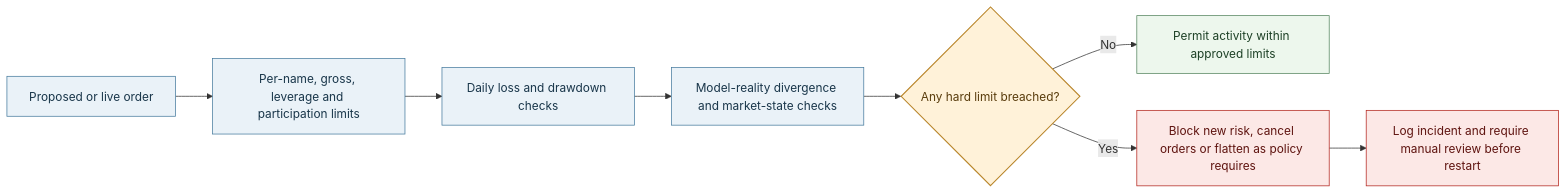
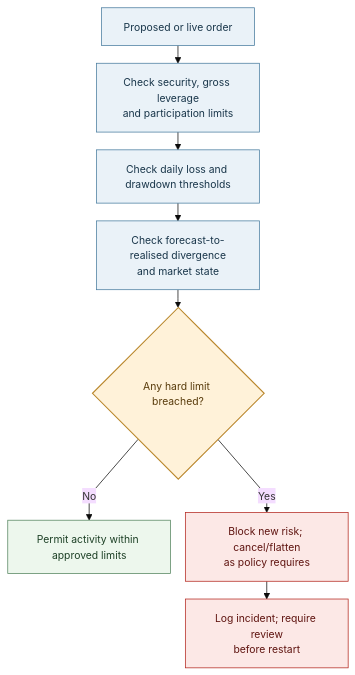
Diagram 14 of 15 in AQP OVERVIEW.md (dannysilverio6-creator/AQP---LSEG), drawn with Mermaid before and after one commit. The commit also changed other lines of this file, not shown here.

````diff
--- a/AQP OVERVIEW.md
+++ b/AQP OVERVIEW.md
@@ -796,19 +853,19 @@
 ```mermaid
-flowchart LR
-    A[Proposed or live order] --> B[Per-name, gross, leverage and participation limits]
-    B --> C[Daily loss and drawdown checks]
-    C --> D[Model-reality divergence and market-state checks]
+%%{init: {"theme": "base", "flowchart": {"nodeSpacing": 20, "rankSpacing": 24, "wrappingWidth": 160, "diagramPadding": 24, "curve": "linear"}, "themeVariables": {"fontSize": "14px"}}}%%
+flowchart TB
+    A[Proposed or live order] --> B["Check security, gross leverage<br/>and participation limits"]
+    B --> C[Check daily loss and drawdown thresholds]
+    C --> D["Check forecast-to-realised divergence<br/>and market state"]
     D --> E{Any hard limit breached?}
     E -->|No| F[Permit activity within approved limits]
-    E -->|Yes| G[Block new risk, cancel orders or flatten as policy requires]
-    G --> H[Log incident and require manual review before restart]
-
+    E -->|Yes| G["Block new risk; cancel/flatten<br/>as policy requires"]
+    G --> H["Log incident; require review<br/>before restart"]
     classDef check fill:#eaf2f8,stroke:#477b9e,color:#19364a;
     classDef gate fill:#fff2d9,stroke:#b9862b,color:#593c0c,stroke-width:1.5px;
     classDef safe fill:#edf7ed,stroke:#54845e,color:#1d4026;
     classDef stop fill:#fce8e6,stroke:#b3261e,color:#5f1410;
     class A,B,C,D check;
     class E gate;
     class F safe;
     class G,H stop;
 ```
````
